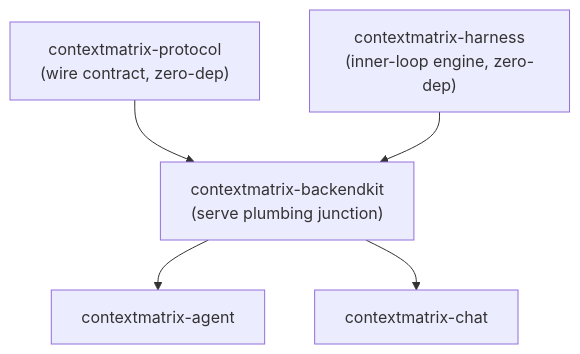
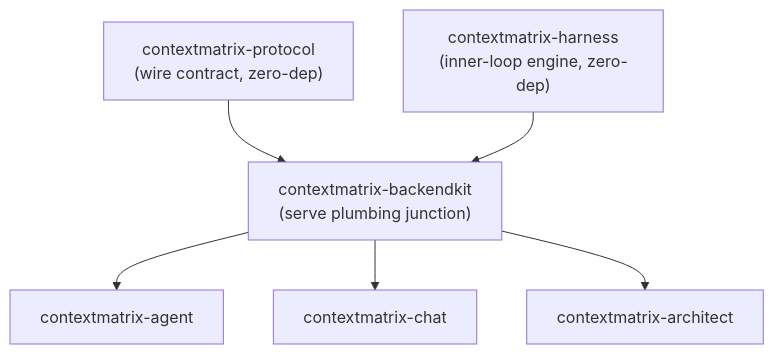
One commit to mhersson/contextmatrix-backendkit changed the diagram in README.md. Above: the diagram before and after it, drawn with Mermaid. The commit also changed other lines of this file and 2 other files, not shown here.

````diff
--- a/README.md
+++ b/README.md
@@ -11,7 +13,8 @@
 ```mermaid
 graph TD
     P["contextmatrix-protocol<br/>(wire contract, zero-dep)"] --> K
     H["contextmatrix-harness<br/>(inner-loop engine, zero-dep)"] --> K
     K["contextmatrix-backendkit<br/>(serve plumbing junction)"] --> A["contextmatrix-agent"]
     K --> C["contextmatrix-chat"]
+    K --> R["contextmatrix-architect"]
 ```
````
